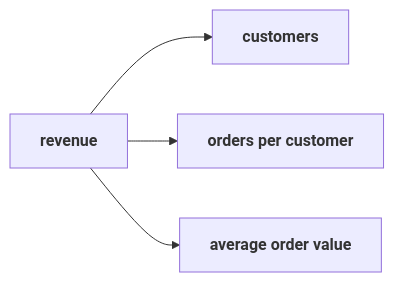
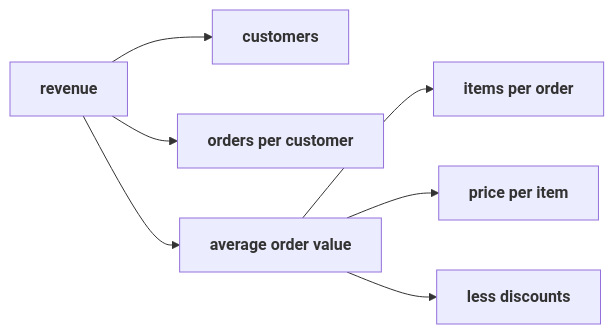
One commit to fde-academy-lab/c2-content-factory changed the diagram in content/W01/D1/exercises/unguided/C2_W01_D01_ch2_tree_metrics_STUDENT.md. Above: the diagram before and after it, drawn with Mermaid. The commit also changed other lines of this file and 22 other files, not shown here.

````diff
--- a/content/W01/D1/exercises/unguided/C2_W01_D01_ch2_tree_metrics_STUDENT.md
+++ b/content/W01/D1/exercises/unguided/C2_W01_D01_ch2_tree_metrics_STUDENT.md
@@ -15,6 +37,9 @@
 ```mermaid
 flowchart LR
     R["<b>revenue</b>"] --> C["<b>customers</b>"]
     R --> F["<b>orders per customer</b>"]
     R --> A["<b>average order value</b>"]
+    A --> I["<b>items per order</b>"]
+    A --> P["<b>price per item</b>"]
+    A --> D["<b>less discounts</b>"]
 ```
````
